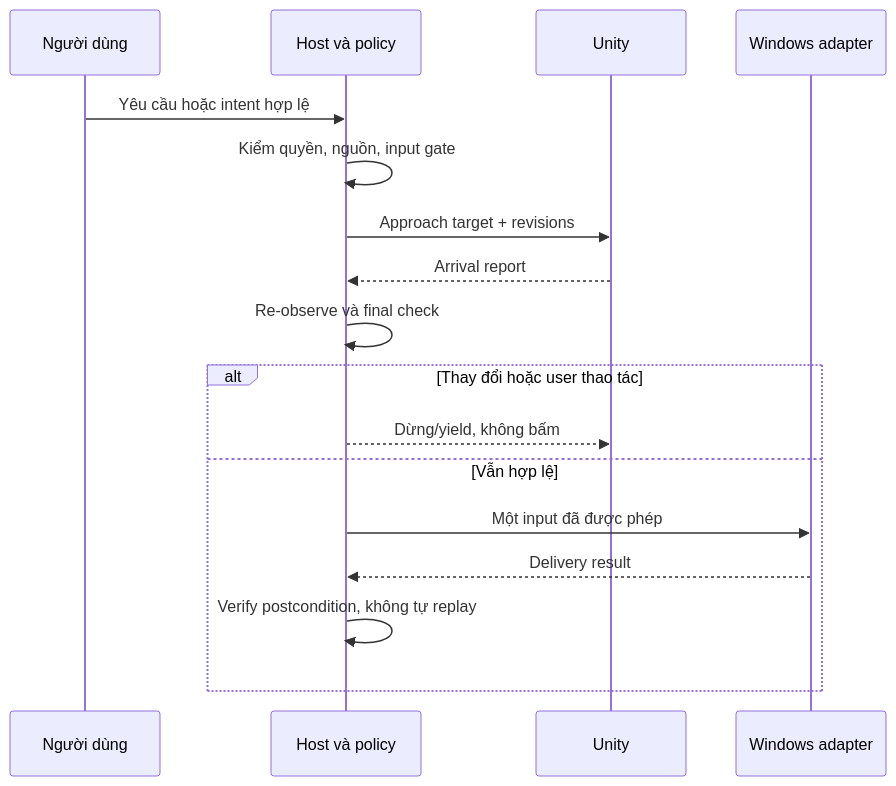
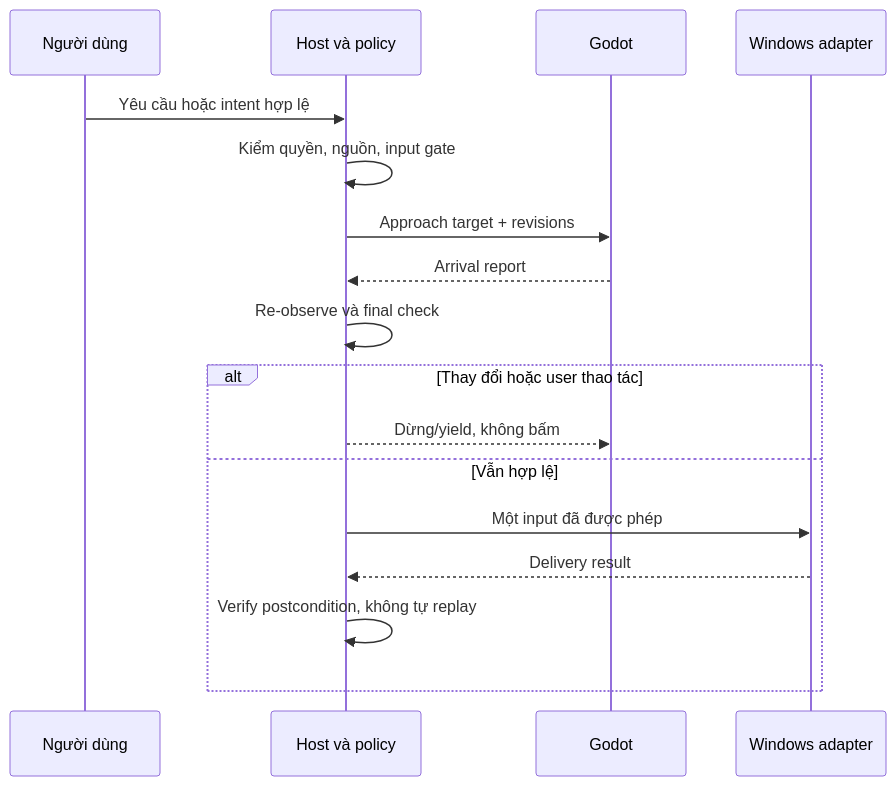
One commit to Play-with-me/NYUA changed the fifth of 15 diagrams in docs/product/diagrams/ATLAS.md. Above: the diagram before and after it, drawn with Mermaid. The commit also changed other lines of this file and 65 other files, not shown here.

Commit message:
docs: migrate renderer documentation and registry from Unity to Godot Engine

````diff
--- a/docs/product/diagrams/ATLAS.md
+++ b/docs/product/diagrams/ATLAS.md
@@ -65,19 +65,19 @@
 ```mermaid
 sequenceDiagram
  participant User as Người dùng
  participant Host as Host và policy
- participant Body as Unity
+ participant Body as Godot
  participant OS as Windows adapter
  User->>Host: Yêu cầu hoặc intent hợp lệ
  Host->>Host: Kiểm quyền, nguồn, input gate
  Host->>Body: Approach target + revisions
  Body-->>Host: Arrival report
  Host->>Host: Re-observe và final check
  alt Thay đổi hoặc user thao tác
  Host-->>Body: Dừng/yield, không bấm
  else Vẫn hợp lệ
  Host->>OS: Một input đã được phép
  OS-->>Host: Delivery result
  Host->>Host: Verify postcondition, không tự replay
  end
 ```
````
